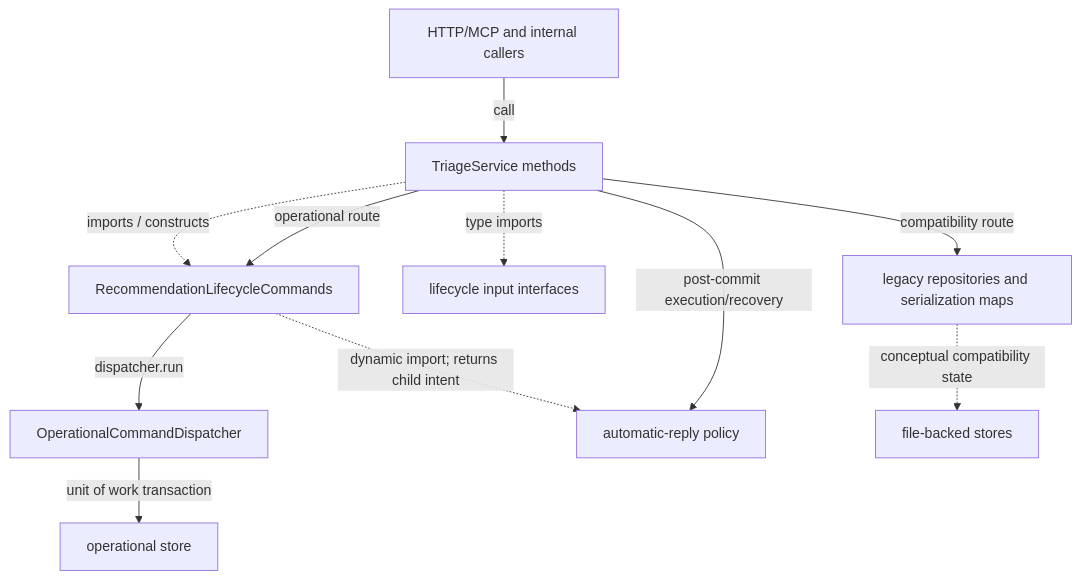
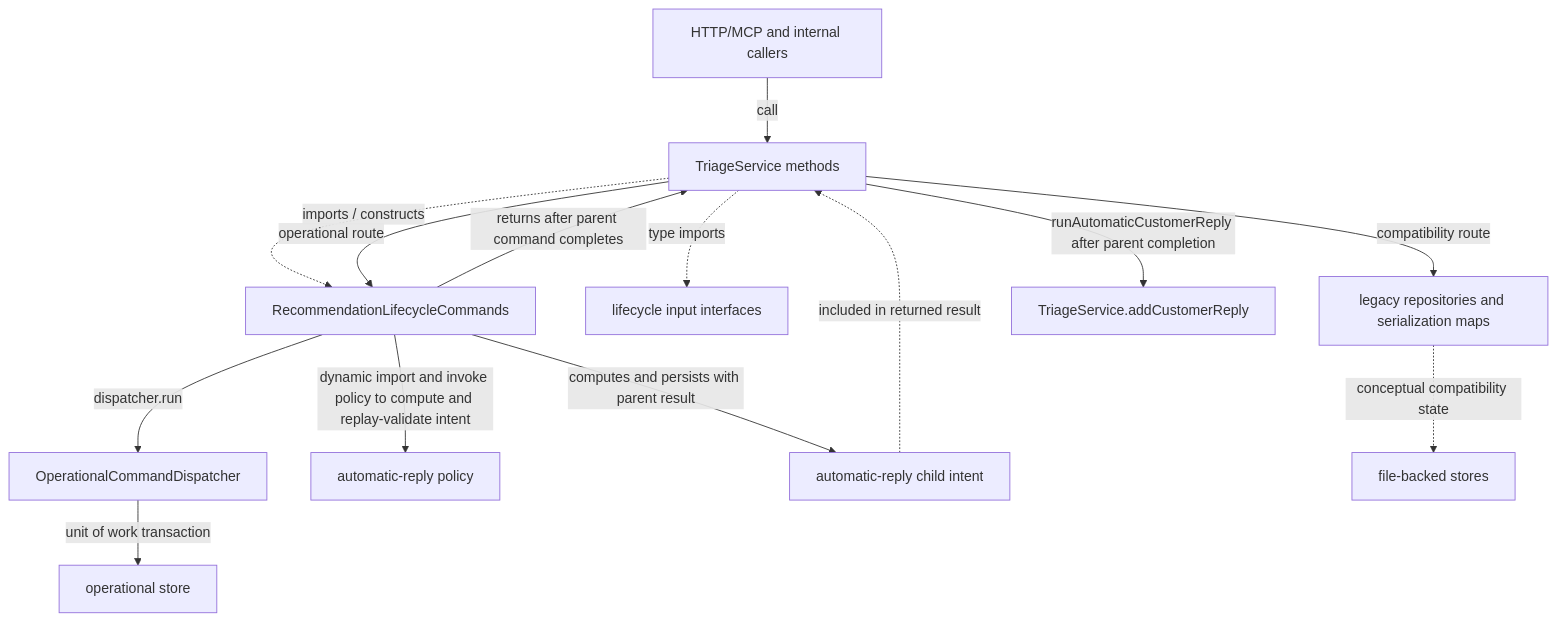
The diagram in docs/modules/triage-service-lifecycle-boundary.md (MatiasLaukka/Support-Ticket-Triage-MCP), drawn with Mermaid before and after one commit. The commit also changed other lines of this file and 2 other files, not shown here.

Commit message:
docs: correct PR 38 lifecycle replay descriptions

````diff
--- a/docs/modules/triage-service-lifecycle-boundary.md
+++ b/docs/modules/triage-service-lifecycle-boundary.md
@@ -62,13 +62,16 @@
 ```mermaid
 flowchart TD
   Transport["HTTP/MCP and internal callers"] -->|call| Facade["TriageService methods"]
   Facade -. "imports / constructs" .-> Family["RecommendationLifecycleCommands"]
   Facade -. "type imports" .-> Contracts["lifecycle input interfaces"]
   Facade -->|operational route| Family
   Facade -->|compatibility route| Legacy["legacy repositories and serialization maps"]
   Family -->|dispatcher.run| Dispatcher["OperationalCommandDispatcher"]
   Dispatcher -->|unit of work transaction| Store["operational store"]
-  Family -. "dynamic import; returns child intent" .-> Auto["automatic-reply policy"]
-  Facade -->|post-commit execution/recovery| Auto
+  Family -->|dynamic import and invoke policy to compute and replay-validate intent| Auto["automatic-reply policy"]
+  Family -->|computes and persists with parent result| Intent["automatic-reply child intent"]
+  Family -->|returns after parent command completes| Facade
+  Intent -. "included in returned result" .-> Facade
+  Facade -->|runAutomaticCustomerReply after parent completion| AddReply["TriageService.addCustomerReply"]
   Legacy -. "conceptual compatibility state" .-> Repos["file-backed stores"]
 ```
````
